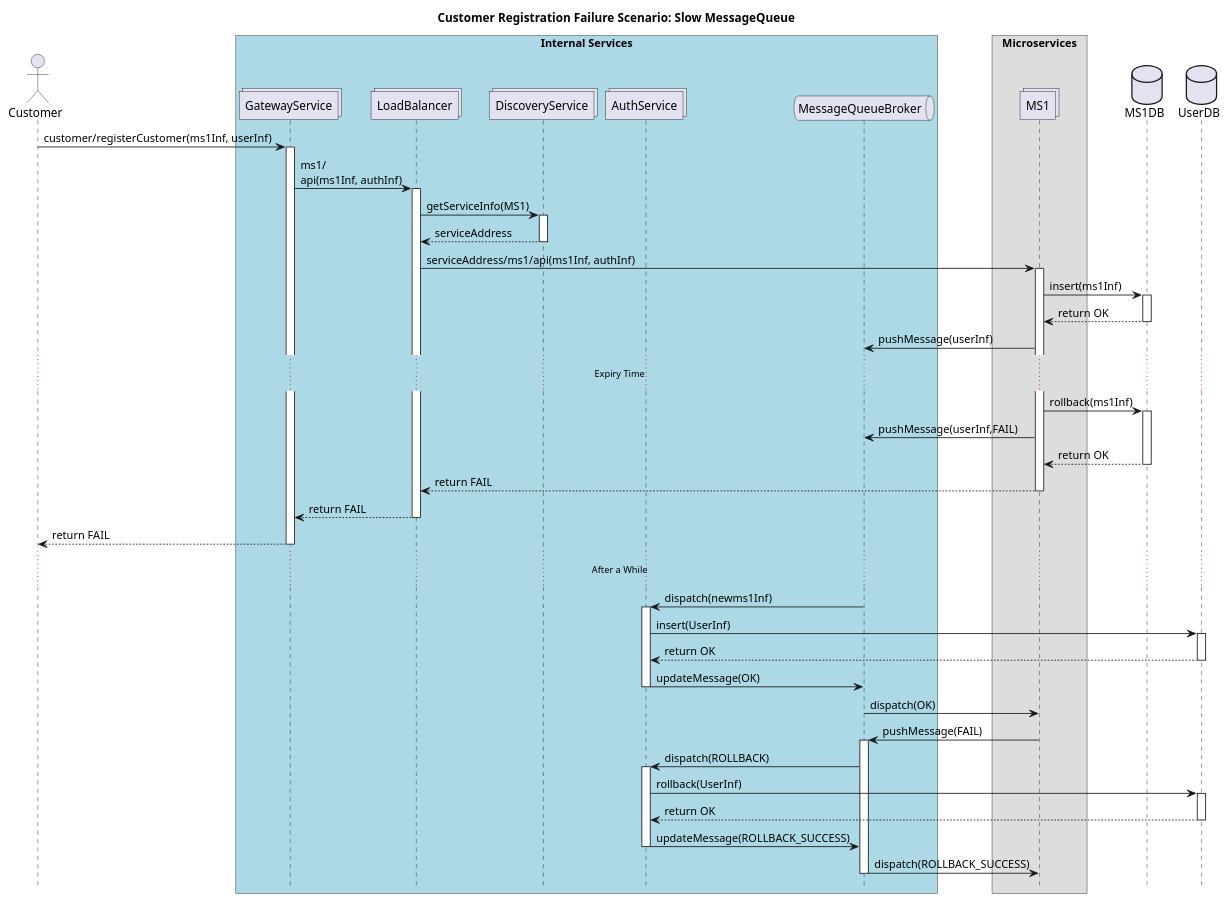
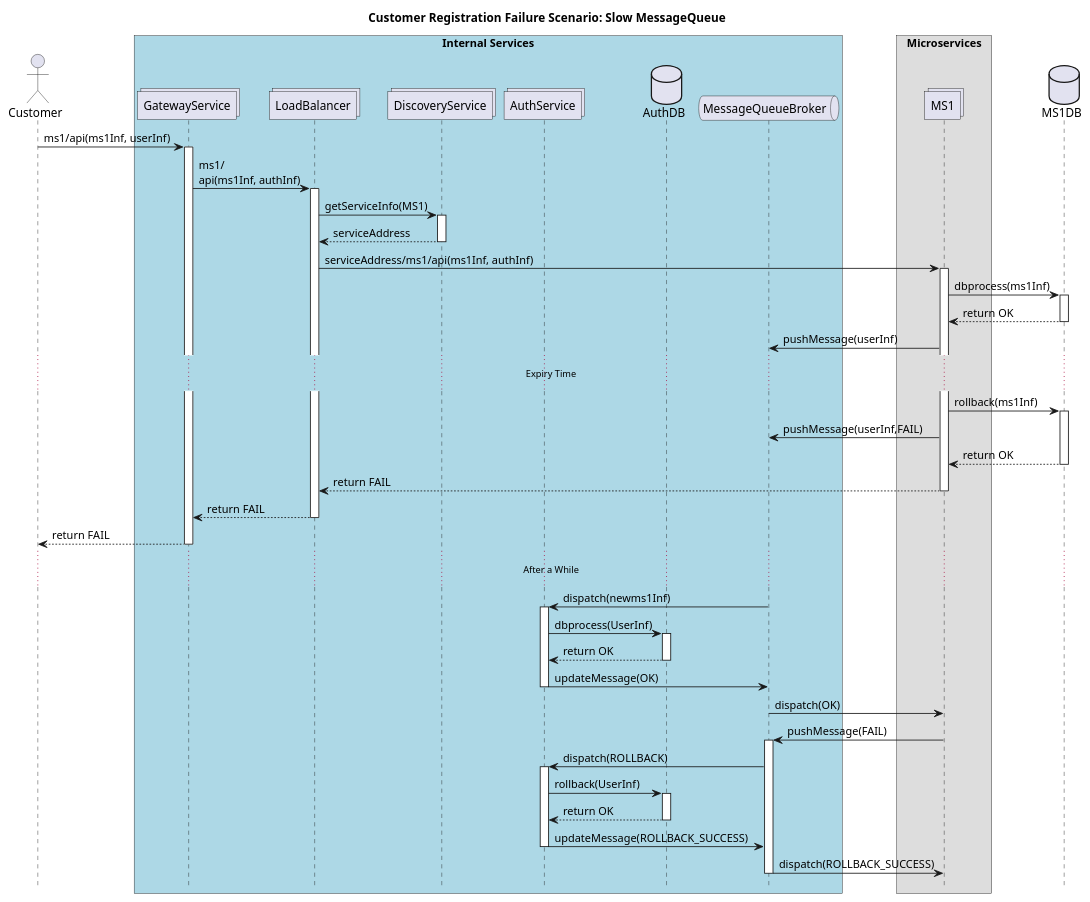
One commit to naimyurek/microblockthesis changed the diagram in 05 Client Registration Failure 2.wsd. Above: the diagram before and after it, drawn with PlantUML. The commit also changed 4 other files, not shown here.

```diff
--- a/05 Client Registration Failure 2.wsd
+++ b/05 Client Registration Failure 2.wsd
@@ -1,54 +1,55 @@
 @startuml CustomerRegistrationFailureScenarioSlowMessageQueue
 !pragma teoz true
 
 hide footbox
 actor Customer
 
 title "Customer Registration Failure Scenario: Slow MessageQueue"
 
 box "Internal Services" #LightBlue
 collections GatewayService
 collections LoadBalancer
 collections DiscoveryService
 collections AuthService
+database AuthDB
 queue MessageQueueBroker
 end box
 
 box "Microservices"
 collections MS1
 end box
 
 database MS1DB
-database UserDB
 
-Customer -> GatewayService ++ : customer/registerCustomer(ms1Inf, userInf)
+
+Customer -> GatewayService ++ : ms1/api(ms1Inf, userInf)
 GatewayService -> LoadBalancer ++ : ms1/\napi(ms1Inf, authInf)
 LoadBalancer -> DiscoveryService ++ : getServiceInfo(MS1)
 return serviceAddress 
 LoadBalancer -> MS1 ++ : serviceAddress/ms1/api(ms1Inf, authInf)
-MS1 -> MS1DB ++: insert(ms1Inf)
+MS1 -> MS1DB ++: dbprocess(ms1Inf)
 return return OK 
 MS1 -> MessageQueueBroker : pushMessage(userInf)
 ...Expiry Time...
 MS1 -> MS1DB ++: rollback(ms1Inf)
 MS1 -> MessageQueueBroker : pushMessage(userInf,FAIL)
 return return OK 
 return return FAIL 
 return return FAIL 
 return return FAIL 
 ...After a While...
 MessageQueueBroker -> AuthService ++ : dispatch(newms1Inf)
-AuthService -> UserDB ++ : insert(UserInf)
+AuthService -> AuthDB ++ : dbprocess(UserInf)
 return return OK 
 AuthService -> MessageQueueBroker -- : updateMessage(OK)
 MessageQueueBroker -> MS1 -- : dispatch(OK)
 MS1 -> MessageQueueBroker ++ : pushMessage(FAIL)
 MessageQueueBroker -> AuthService ++ : dispatch(ROLLBACK)
-AuthService -> UserDB ++ : rollback(UserInf)
+AuthService -> AuthDB ++ : rollback(UserInf)
 return return OK 
 AuthService -> MessageQueueBroker -- : updateMessage(ROLLBACK_SUCCESS) 
 MessageQueueBroker -> MS1 -- : dispatch(ROLLBACK_SUCCESS)
 
 
 
 @enduml
```
